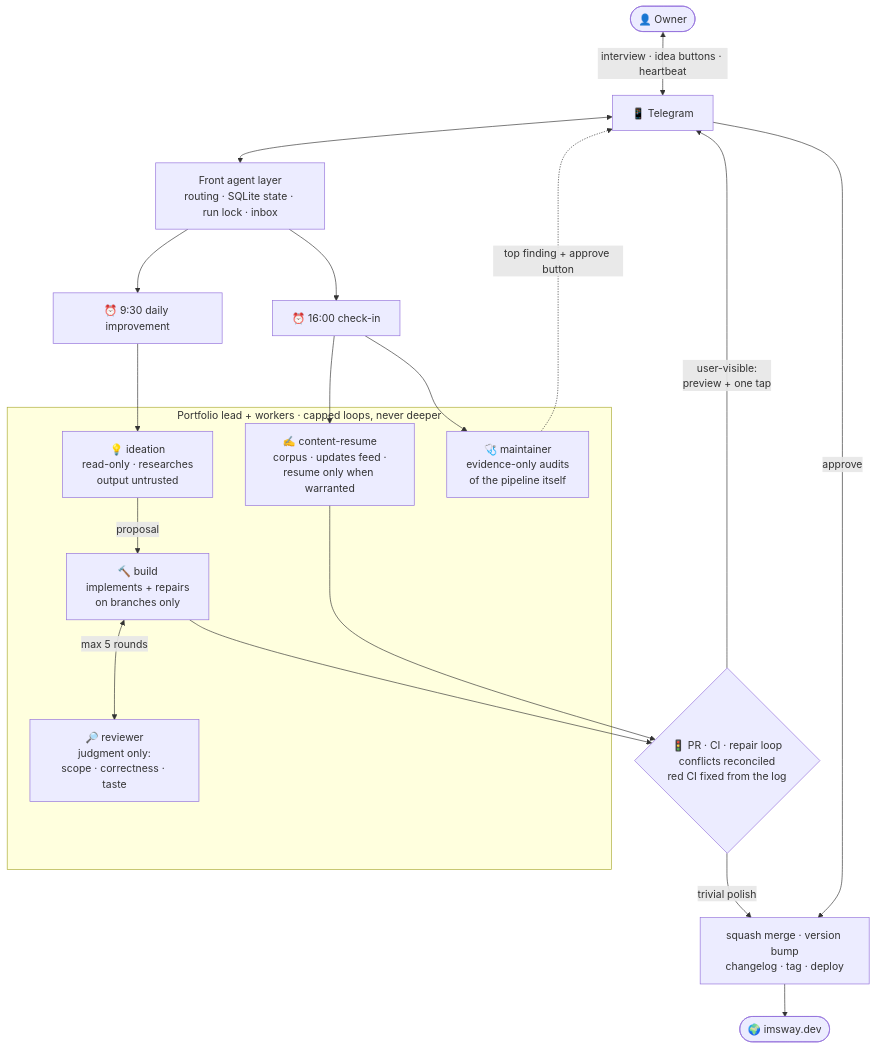
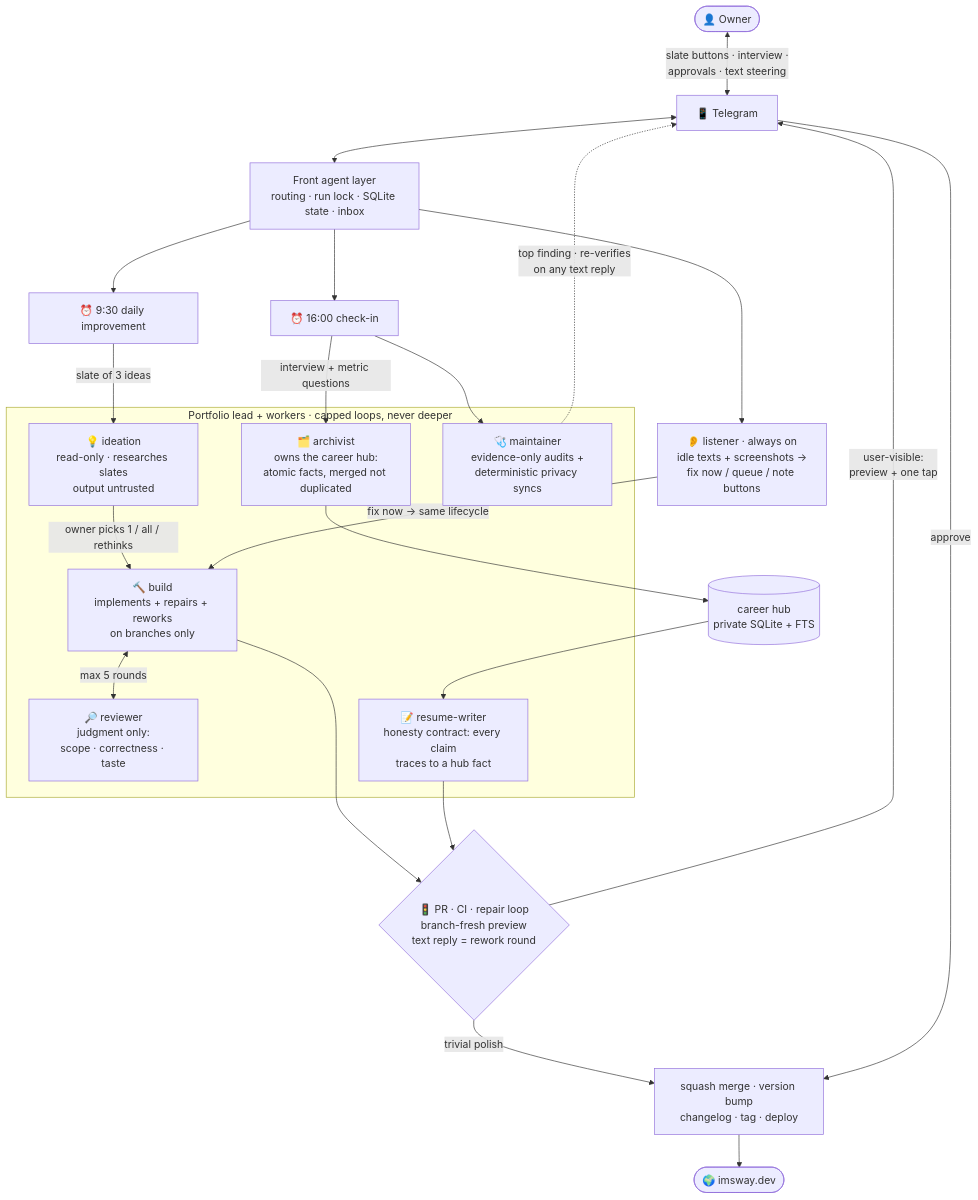
One commit to sbrick26/auto-portfolio changed the second of 3 diagrams in README.md. Above: the diagram before and after it, drawn with Mermaid. The commit also changed other lines of this file, not shown here.

Commit message:
docs: README reflects current pipeline (listener, idea gate, career hub, chat-back gates) (#19)

````diff
--- a/README.md
+++ b/README.md
@@ -60,30 +63,35 @@
 ```mermaid
 flowchart TD
-    O(["👤 Owner"]) <-->|"interview · idea buttons · heartbeat"| TGM["📱 Telegram"]
-    TGM <--> FA["Front agent layer<br/>routing · SQLite state · run lock · inbox"]
+    O(["👤 Owner"]) <-->|"slate buttons · interview ·<br/>approvals · text steering"| TGM["📱 Telegram"]
+    TGM <--> FA["Front agent layer<br/>routing · run lock · SQLite state · inbox"]
 
+    FA --> LIS["👂 listener · always on<br/>idle texts + screenshots →<br/>fix now / queue / note buttons"]
     FA --> DAILY["⏰ 9:30 daily improvement"]
     FA --> CHECKIN["⏰ 16:00 check-in"]
 
     subgraph workers["Portfolio lead + workers · capped loops, never deeper"]
-        IDE["💡 ideation<br/>read-only · researches<br/>output untrusted"]
-        BLD["🔨 build<br/>implements + repairs<br/>on branches only"]
+        IDE["💡 ideation<br/>read-only · researches slates<br/>output untrusted"]
+        BLD["🔨 build<br/>implements + repairs + reworks<br/>on branches only"]
         REV["🔎 reviewer<br/>judgment only:<br/>scope · correctness · taste"]
-        CNT["✍️ content-resume<br/>corpus · updates feed ·<br/>resume only when warranted"]
-        MNT["🩺 maintainer<br/>evidence-only audits<br/>of the pipeline itself"]
+        ARC["🗂️ archivist<br/>owns the career hub:<br/>atomic facts, merged not duplicated"]
+        RW["📝 resume-writer<br/>honesty contract: every claim<br/>traces to a hub fact"]
+        MNT["🩺 maintainer<br/>evidence-only audits +<br/>deterministic privacy syncs"]
     end
 
-    DAILY --> IDE
-    IDE -->|"proposal"| BLD
+    DAILY -->|"slate of 3 ideas"| IDE
+    IDE -->|"owner picks 1 / all / rethinks"| BLD
+    LIS -->|"fix now → same lifecycle"| BLD
     BLD <-->|"max 5 rounds"| REV
-    CHECKIN --> CNT
+    CHECKIN -->|"interview + metric questions"| ARC
+    ARC --> HUB[("career hub<br/>private SQLite + FTS")]
+    HUB --> RW
     CHECKIN --> MNT
-    MNT -.->|"top finding + approve button"| TGM
+    MNT -.->|"top finding · re-verifies<br/>on any text reply"| TGM
 
-    BLD --> GATE{"🚦 PR · CI · repair loop<br/>conflicts reconciled<br/>red CI fixed from the log"}
-    CNT --> GATE
+    BLD --> GATE{"🚦 PR · CI · repair loop<br/>branch-fresh preview<br/>text reply = rework round"}
+    RW --> GATE
     GATE -->|"trivial polish"| SHIP["squash merge · version bump<br/>changelog · tag · deploy"]
     GATE -->|"user-visible:<br/>preview + one tap"| TGM
     TGM -->|"approve"| SHIP
     SHIP --> LIVE(["🌍 imsway.dev"])
 ```
````
